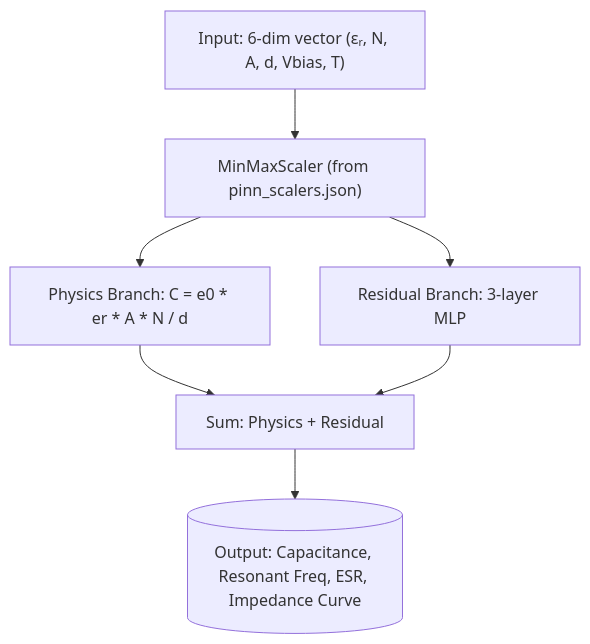
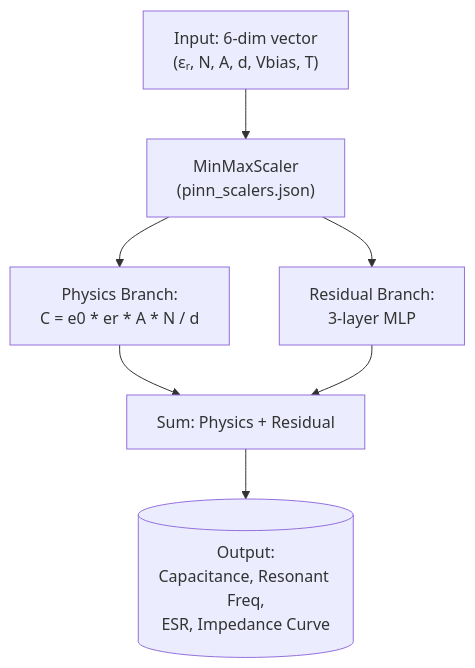
One commit to Sejpal-Raghav/mlcc-copilot changed the second of 3 diagrams in ARCHITECTURE.md. Above: the diagram before and after it, drawn with Mermaid. The commit also changed other lines of this file, not shown here.

Commit message:
docs: fix truncated labels in Mermaid diagrams

````diff
--- a/ARCHITECTURE.md
+++ b/ARCHITECTURE.md
@@ -23,16 +23,16 @@
 ```mermaid
 graph TD
-    Input["Input: 6-dim vector (εᵣ, N, A, d, Vbias, T)"]
-    Scaler["MinMaxScaler (from pinn_scalers.json)"]
-    Phys["Physics Branch: C = e0 * er * A * N / d"]
-    Res["Residual Branch: 3-layer MLP"]
+    Input["Input: 6-dim vector<br/>(εᵣ, N, A, d, Vbias, T)"]
+    Scaler["MinMaxScaler<br/>(pinn_scalers.json)"]
+    Phys["Physics Branch:<br/>C = e0 * er * A * N / d"]
+    Res["Residual Branch:<br/>3-layer MLP"]
     Sum["Sum: Physics + Residual"]
-    Output[("Output: Capacitance, Resonant Freq, ESR, Impedance Curve")]
+    Output[("Output:<br/>Capacitance, Resonant Freq,<br/>ESR, Impedance Curve")]
     
     Input --> Scaler
     Scaler --> Phys
     Scaler --> Res
     Phys --> Sum
     Res --> Sum
     Sum --> Output
 ```
````
